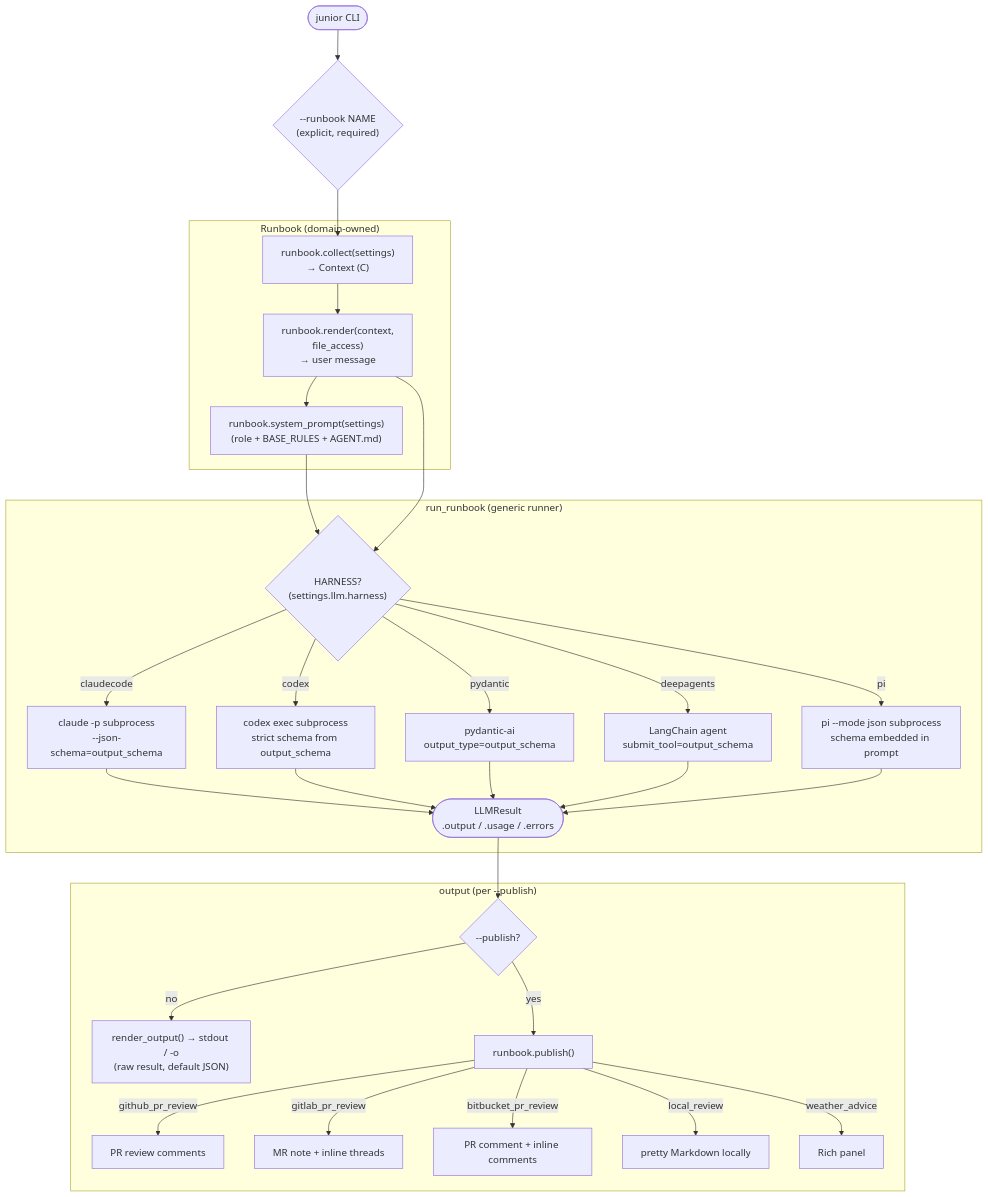
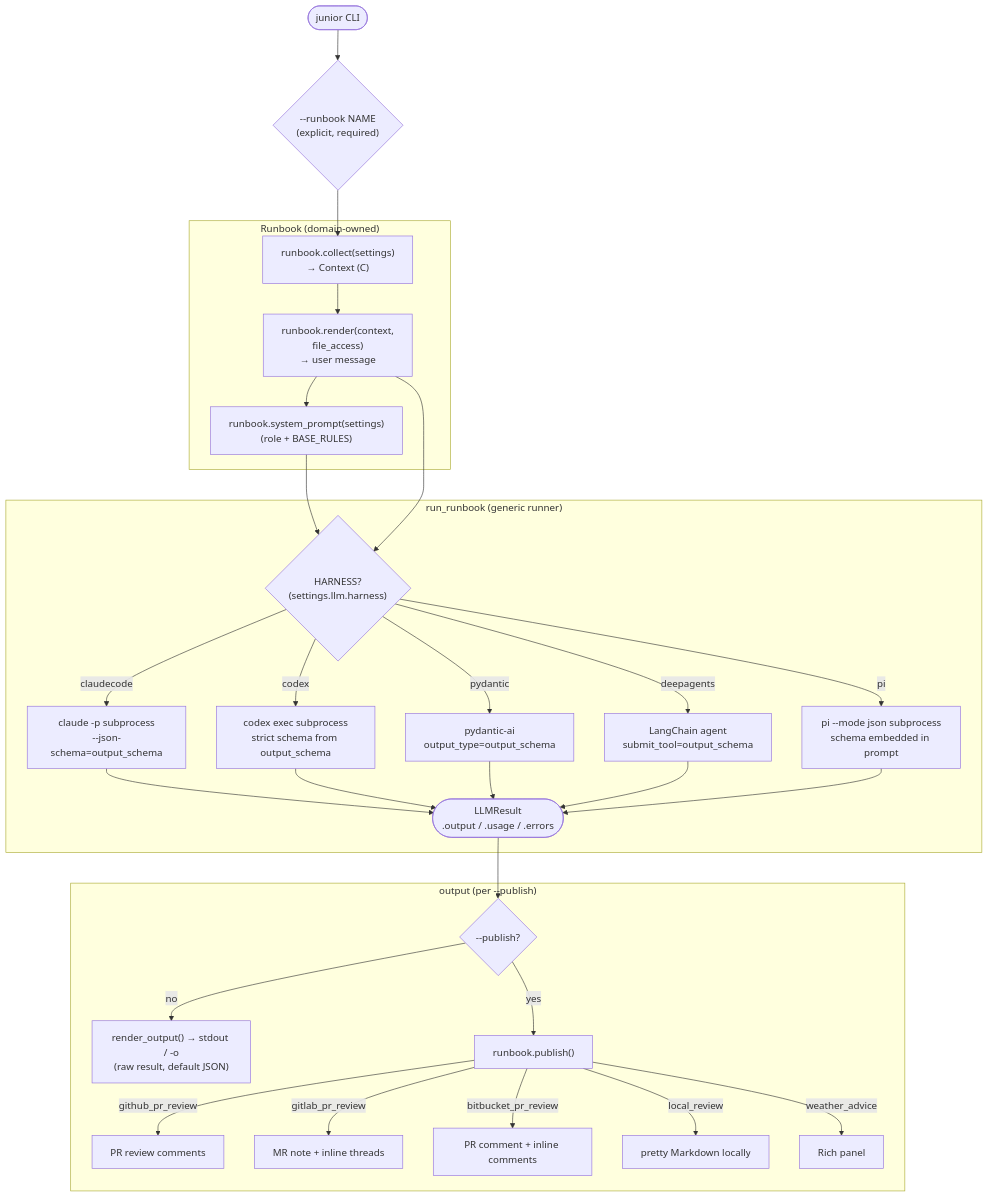
Before and after one commit to mishachepi/junior: the second of 2 diagrams in docs-site/src/content/docs/architecture.md, drawn with Mermaid. The commit also changed other lines of this file and 4 other files, not shown here.

````diff
--- a/docs-site/src/content/docs/architecture.md
+++ b/docs-site/src/content/docs/architecture.md
@@ -48,36 +48,36 @@
 ```mermaid
 flowchart TD
     A([junior CLI]) --> SEL{"--runbook NAME\n(explicit, required)"}
     SEL --> B
 
     subgraph PL["Runbook (domain-owned)"]
         B["runbook.collect(settings)\n→ Context (C)"] --> R["runbook.render(context,\nfile_access)\n→ user message"]
-        R --> SP["runbook.system_prompt(settings)\n(role + BASE_RULES + AGENT.md)"]
+        R --> SP["runbook.system_prompt(settings)\n(role + BASE_RULES)"]
     end
 
     SP --> ENG
     R --> ENG
 
     subgraph RUN["run_runbook (generic runner)"]
         ENG{"HARNESS?\n(settings.llm.harness)"}
         ENG -->|claudecode| Q2["claude -p subprocess\n--json-schema=output_schema"]
         ENG -->|codex| Q["codex exec subprocess\nstrict schema from output_schema"]
         ENG -->|pydantic| P["pydantic-ai\noutput_type=output_schema"]
         ENG -->|deepagents| D["LangChain agent\nsubmit_tool=output_schema"]
         ENG -->|pi| PI["pi --mode json subprocess\nschema embedded in prompt"]
         Q2 & Q & P & D & PI --> LR([LLMResult\n.output / .usage / .errors])
     end
 
     LR --> OUT
 
     subgraph PB["output (per --publish)"]
         OUT{"--publish?"}
         OUT -->|"no"| RAW["render_output() → stdout / -o\n(raw result, default JSON)"]
         OUT -->|"yes"| PUB["runbook.publish()"]
         PUB -->|github_pr_review| X[PR review comments]
         PUB -->|gitlab_pr_review| W[MR note + inline threads]
         PUB -->|bitbucket_pr_review| BB[PR comment + inline comments]
         PUB -->|local_review| MD[pretty Markdown locally]
         PUB -->|weather_advice| RICH[Rich panel]
     end
 ```
````
